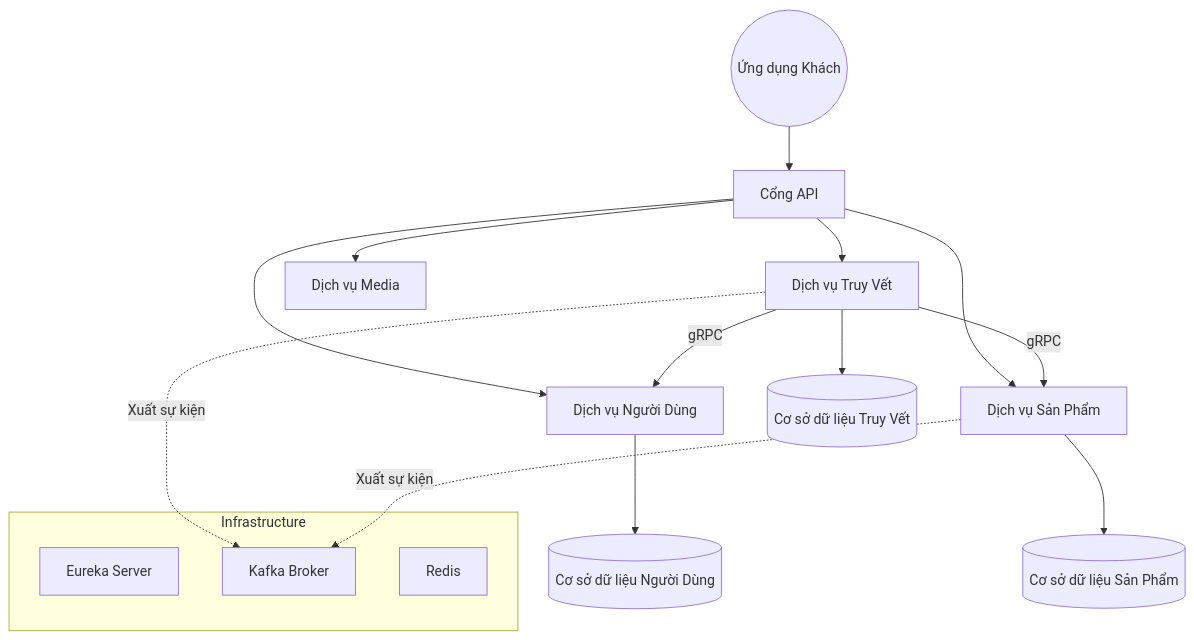
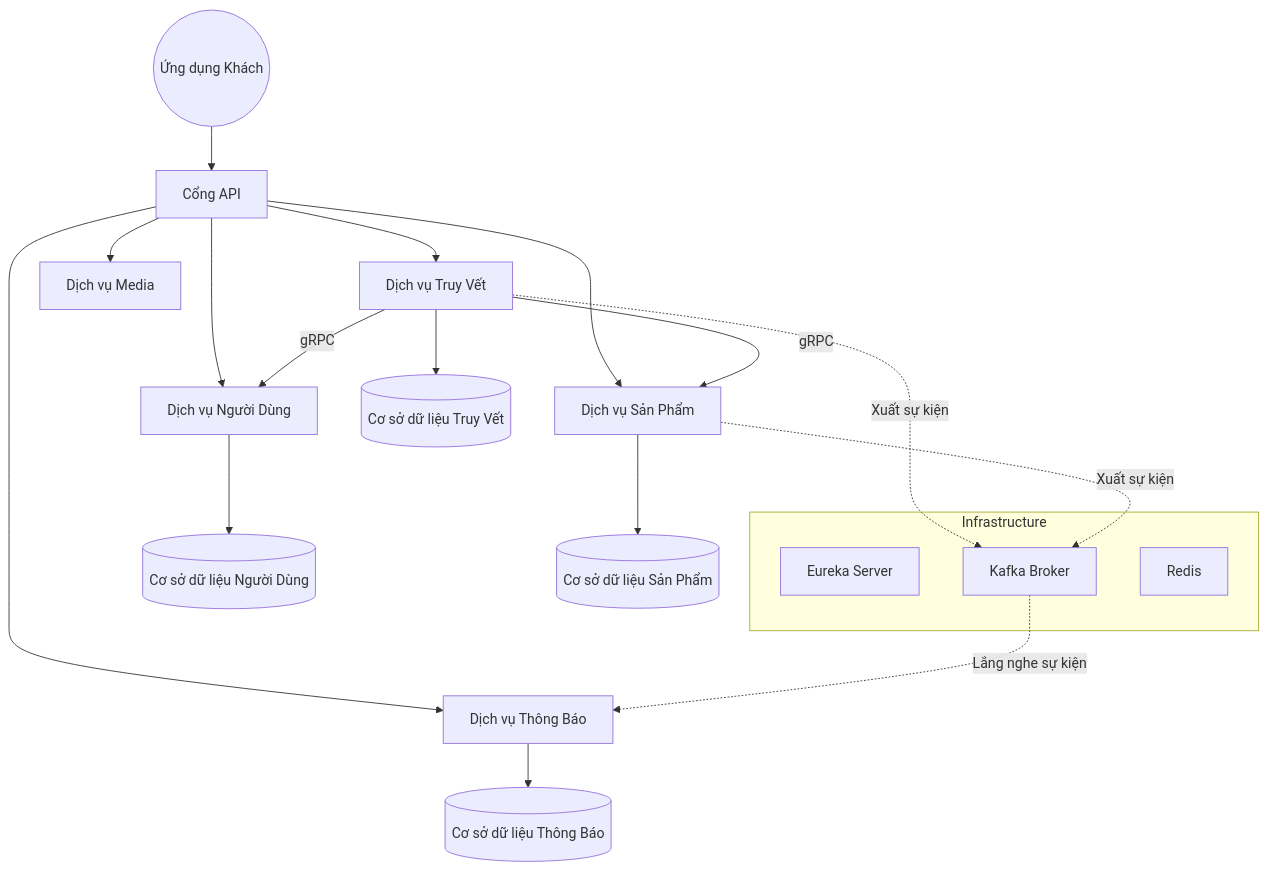
The first of 2 diagrams in README.md (AcidTSB/AgriTraceChain), drawn with Mermaid before and after one commit. The commit also changed other lines of this file and 23 other files, not shown here.

````diff
--- a/README.md
+++ b/README.md
@@ -72,25 +72,28 @@
 ```mermaid
 graph TD
     Client((Ứng dụng Khách)) --> Gateway[Cổng API]
 
     Gateway --> UserSvc[Dịch vụ Người Dùng]
     Gateway --> ProductSvc[Dịch vụ Sản Phẩm]
     Gateway --> TraceSvc[Dịch vụ Truy Vết]
     Gateway --> MediaSvc[Dịch vụ Media]
+    Gateway --> NotiSvc[Dịch vụ Thông Báo]
 
     subgraph Infrastructure
         Eureka[Eureka Server]
         Kafka[Kafka Broker]
         Redis[Redis]
     end
 
     UserSvc --> UserDB[(Cơ sở dữ liệu Người Dùng)]
     ProductSvc --> ProductDB[(Cơ sở dữ liệu Sản Phẩm)]
     TraceSvc --> TraceDB[(Cơ sở dữ liệu Truy Vết)]
+    NotiSvc --> NotiDB[(Cơ sở dữ liệu Thông Báo)]
 
     TraceSvc -->|gRPC| UserSvc
     TraceSvc -->|gRPC| ProductSvc
 
     TraceSvc -. Xuất sự kiện .-> Kafka
     ProductSvc -. Xuất sự kiện .-> Kafka
+    Kafka -. Lắng nghe sự kiện .-> NotiSvc
 ```
````
